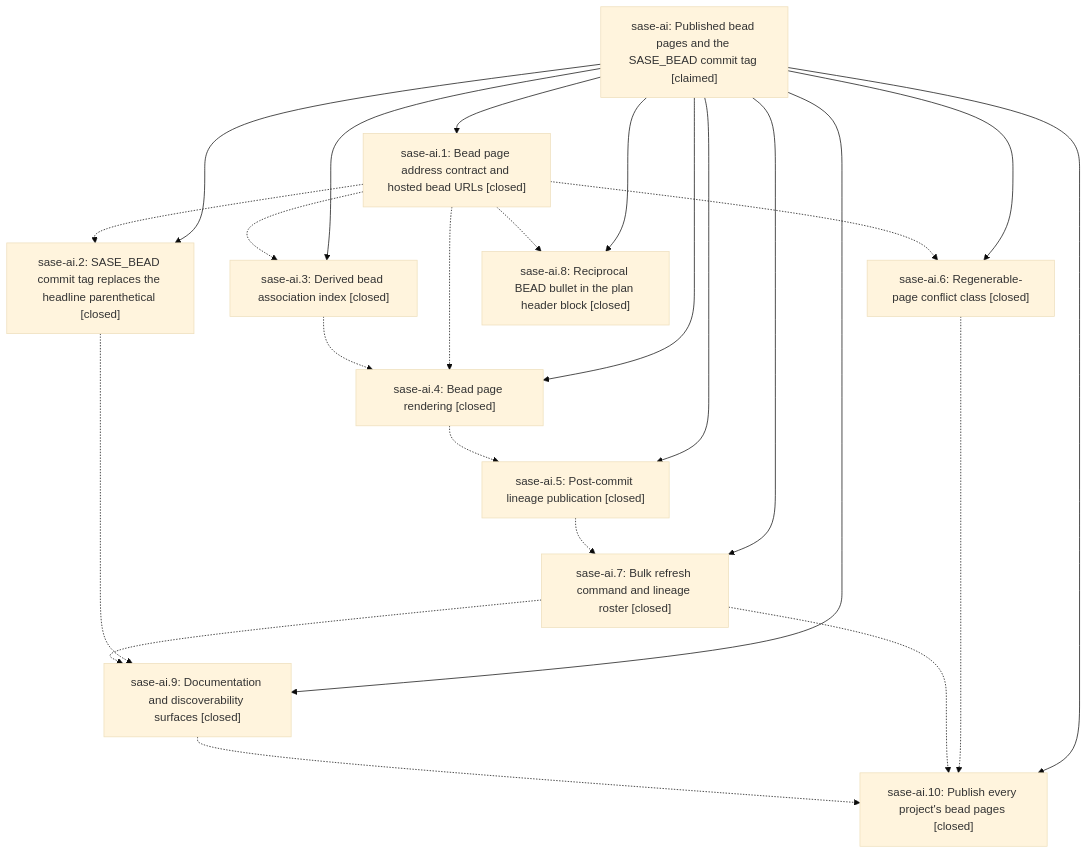
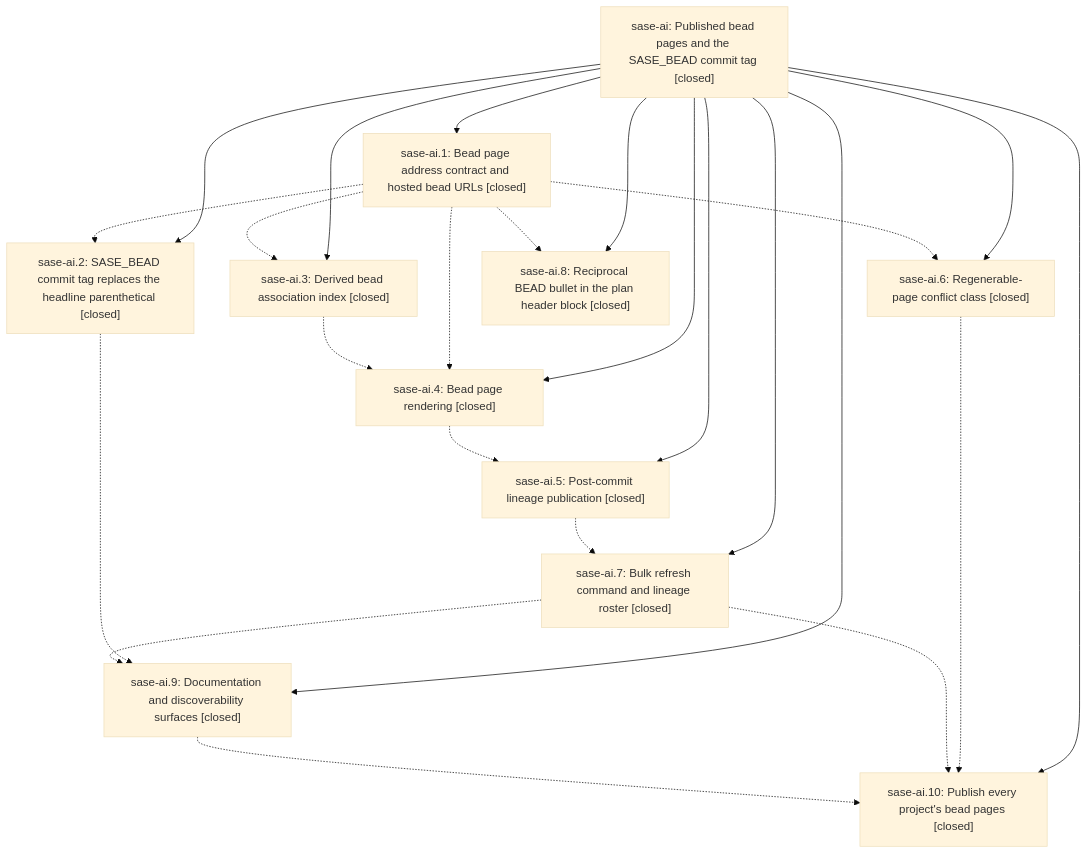
The diagram in pages/sase-ai/README.md (sase-org/sase--beads), drawn with Mermaid (base theme) before and after one commit. The commit also changed other lines of this file and 16 other files, not shown here.

First line of the commit message:
Refresh bead pages

````diff
--- a/pages/sase-ai/README.md
+++ b/pages/sase-ai/README.md
@@ -31,37 +35,37 @@
 ```mermaid
 flowchart TD
-    n0["sase-ai: Published bead pages and the SASE_BEAD commit tag [claimed]"]
+    n0["sase-ai: Published bead pages and the SASE_BEAD commit tag [closed]"]
     n1["sase-ai.1: Bead page address contract and hosted bead URLs [closed]"]
     n2["sase-ai.10: Publish every project's bead pages [closed]"]
     n3["sase-ai.2: SASE_BEAD commit tag replaces the headline parenthetical [closed]"]
     n4["sase-ai.3: Derived bead association index [closed]"]
     n5["sase-ai.4: Bead page rendering [closed]"]
     n6["sase-ai.5: Post-commit lineage publication [closed]"]
     n7["sase-ai.6: Regenerable-page conflict class [closed]"]
     n8["sase-ai.7: Bulk refresh command and lineage roster [closed]"]
     n9["sase-ai.8: Reciprocal BEAD bullet in the plan header block [closed]"]
     n10["sase-ai.9: Documentation and discoverability surfaces [closed]"]
     n0 --> n1
     n0 --> n2
     n0 --> n3
     n0 --> n4
     n0 --> n5
     n0 --> n6
     n0 --> n7
     n0 --> n8
     n0 --> n9
     n0 --> n10
     n1 -.-> n3
     n1 -.-> n4
     n1 -.-> n5
     n1 -.-> n7
     n1 -.-> n9
     n3 -.-> n10
     n4 -.-> n5
     n5 -.-> n6
     n6 -.-> n8
     n7 -.-> n2
     n8 -.-> n2
     n8 -.-> n10
     n10 -.-> n2
 ```
````
